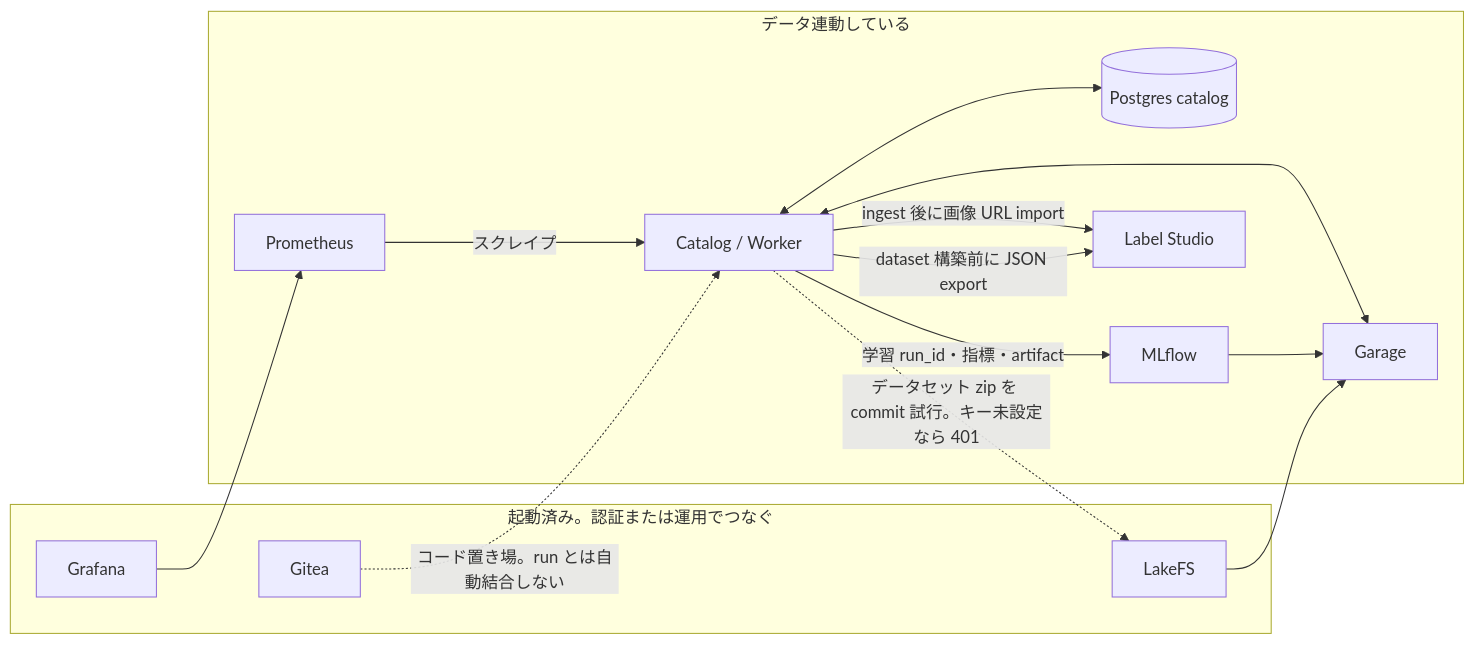
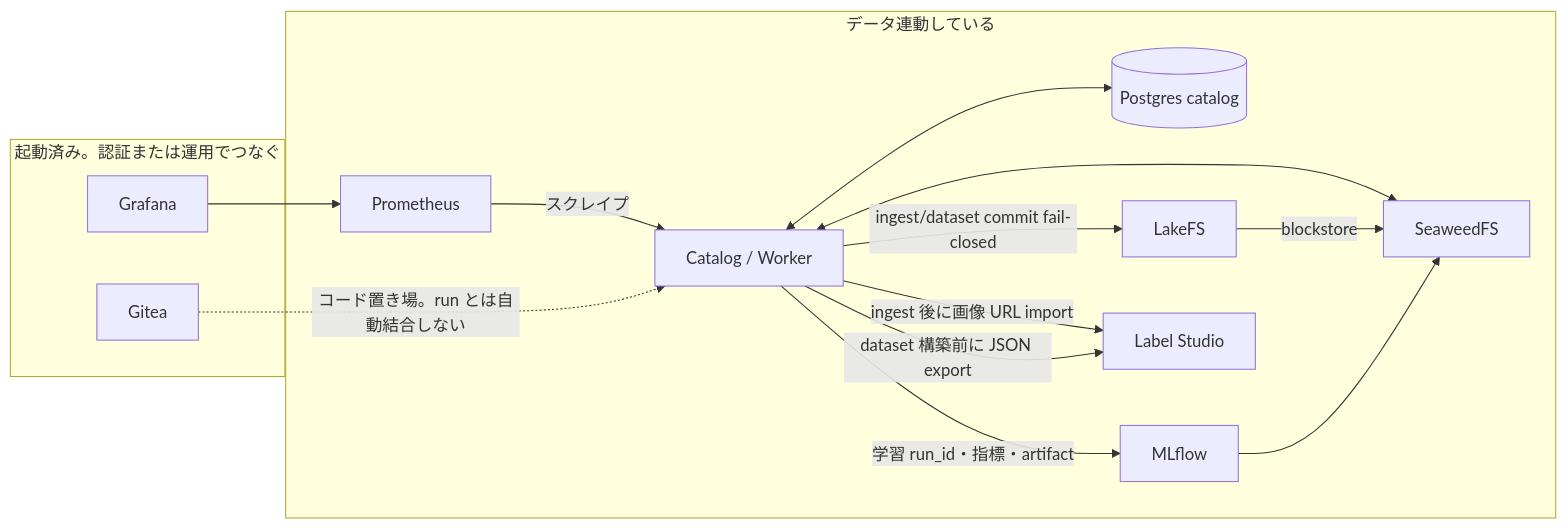
One commit to xeno1983/MLOPs_DEV changed the third of 4 diagrams in docs/design.md. Above: the diagram before and after it, drawn with Mermaid. The commit also changed other lines of this file and 73 other files, not shown here.

First line of the commit message:
Replace Garage/DVC with SeaweedFS+LakeFS and harden on-prem CARLA/E2E paths.

````diff
--- a/docs/design.md
+++ b/docs/design.md
@@ -329,28 +337,28 @@
 ```mermaid
 flowchart LR
   subgraph wired [データ連動している]
     C[Catalog / Worker]
     PG[(Postgres catalog)]
-    S3[Garage]
+    S3[SeaweedFS]
+    LK[LakeFS]
     MF[MLflow]
     LS[Label Studio]
     PR[Prometheus]
     C <--> PG
     C <--> S3
+    C -->|ingest/dataset commit fail-closed| LK
+    LK -->|blockstore| S3
     C -->|学習 run_id・指標・artifact| MF
     MF --> S3
     C -->|ingest 後に画像 URL import| LS
     C -->|dataset 構築前に JSON export| LS
     PR -->|スクレイプ| C
   end
 
   subgraph partial [起動済み。認証または運用でつなぐ]
-    LK[LakeFS]
     GI[Gitea]
     GF[Grafana]
-    C -.->|データセット zip を commit 試行。キー未設定なら 401| LK
-    LK --> S3
     GI -.->|コード置き場。run とは自動結合しない| C
     GF --> PR
   end
 ```
````
